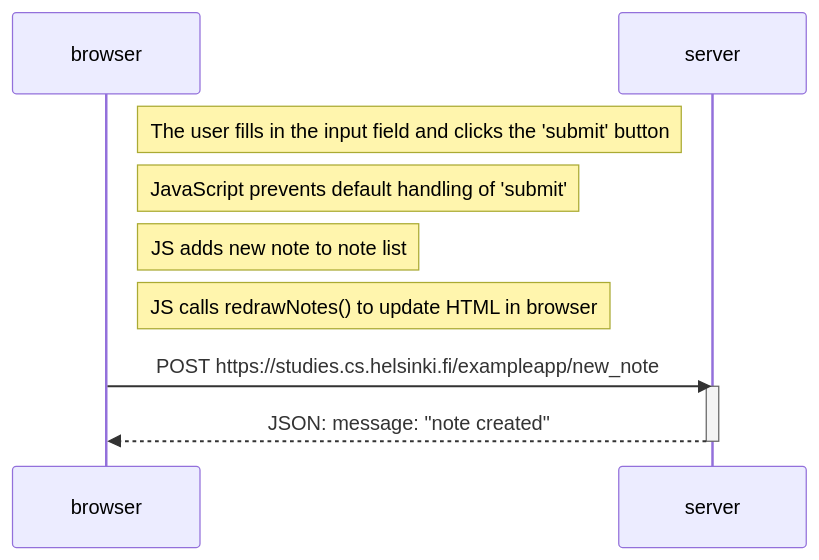
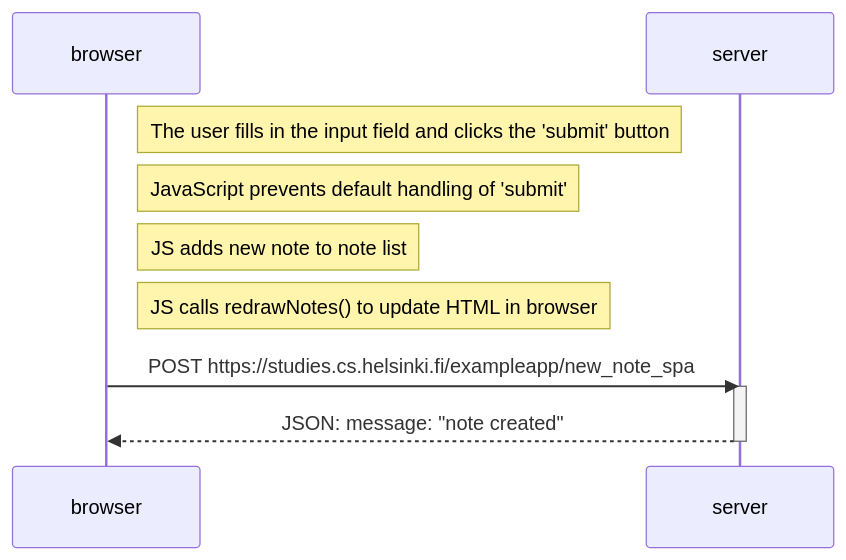
The diagram in part0/0.6_NewNoteSPADiagram/diagram.md (frensing/fullstackopen), drawn with Mermaid before and after one commit.

````diff
--- a/part0/0.6_NewNoteSPADiagram/diagram.md
+++ b/part0/0.6_NewNoteSPADiagram/diagram.md
@@ -1,18 +1,18 @@
 ```mermaid
 sequenceDiagram
     participant browser
     participant server
 
     Note right of browser: The user fills in the input field and clicks the 'submit' button
 
     Note right of browser: JavaScript prevents default handling of 'submit'
 
     Note right of browser: JS adds new note to note list
 
     Note right of browser: JS calls redrawNotes() to update HTML in browser
 
-	browser->>server: POST https://studies.cs.helsinki.fi/exampleapp/new_note
+	browser->>server: POST https://studies.cs.helsinki.fi/exampleapp/new_note_spa
 	activate server
 	server-->>browser: JSON: message: "note created"
 	deactivate server
 ```
````
